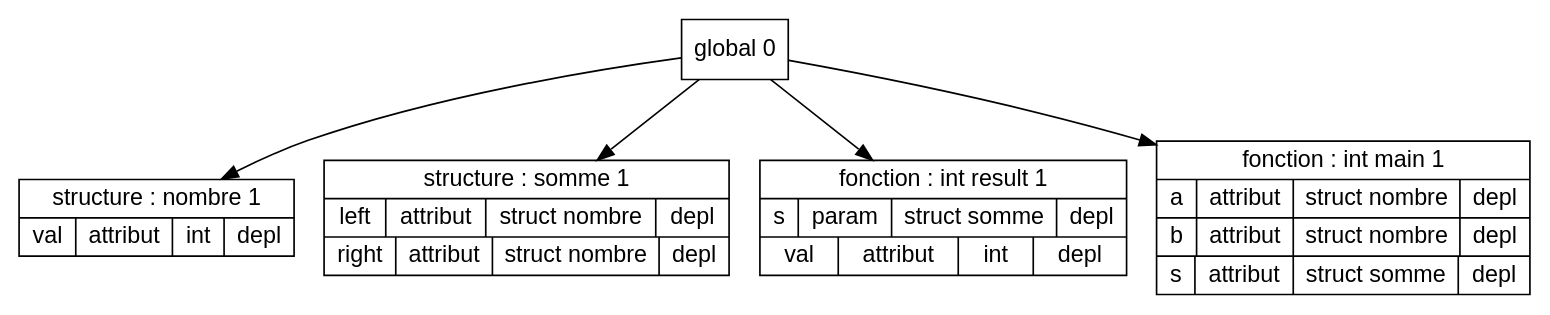
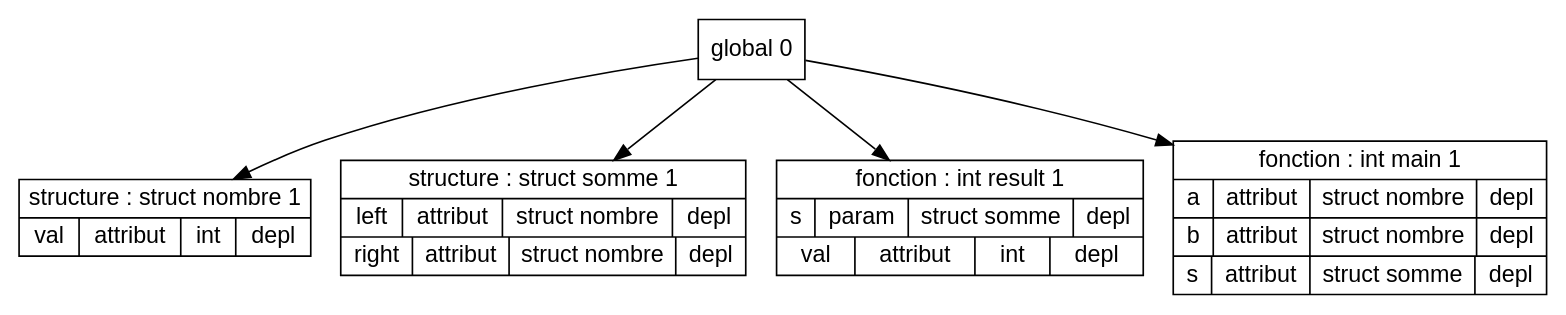
One commit to Hamza-ABDOULHOUSSEN/compil changed the diagram in Code/out/tds/dot/Test_Semantique/codestruct.dot. Above: the diagram before and after it, drawn with Graphviz. The commit also changed 196 other files, not shown here.

```diff
--- a/Code/out/tds/dot/Test_Semantique/codestruct.dot
+++ b/Code/out/tds/dot/Test_Semantique/codestruct.dot
@@ -1,33 +1,33 @@
 digraph "tds"{
 
 	node [fontname="Arial"];
 
-	N1 [shape=record label="{ structure : nombre 1
+	N1 [shape=record label="{ structure : struct nombre 1
 	| { val | attribut | int | depl }
 	}"];
 
-	N2 [shape=record label="{ structure : somme 1
+	N2 [shape=record label="{ structure : struct somme 1
 	| { left | attribut | struct nombre | depl }
 	| { right | attribut | struct nombre | depl }
 	}"];
 
 	N3 [shape=record label="{ fonction : int result 1
 	| { s | param | struct somme | depl }
 	| { val | attribut | int | depl }
 	}"];
 
 	N4 [shape=record label="{ fonction : int main 1
 	| { a | attribut | struct nombre | depl }
 	| { b | attribut | struct nombre | depl }
 	| { s | attribut | struct somme | depl }
 	}"];
 
 	N0 [shape=record label="{ global 0
 	}"];
 
 
 	N0 -> N1; 
 	N0 -> N2; 
 	N0 -> N3; 
 	N0 -> N4; 
 }
```
